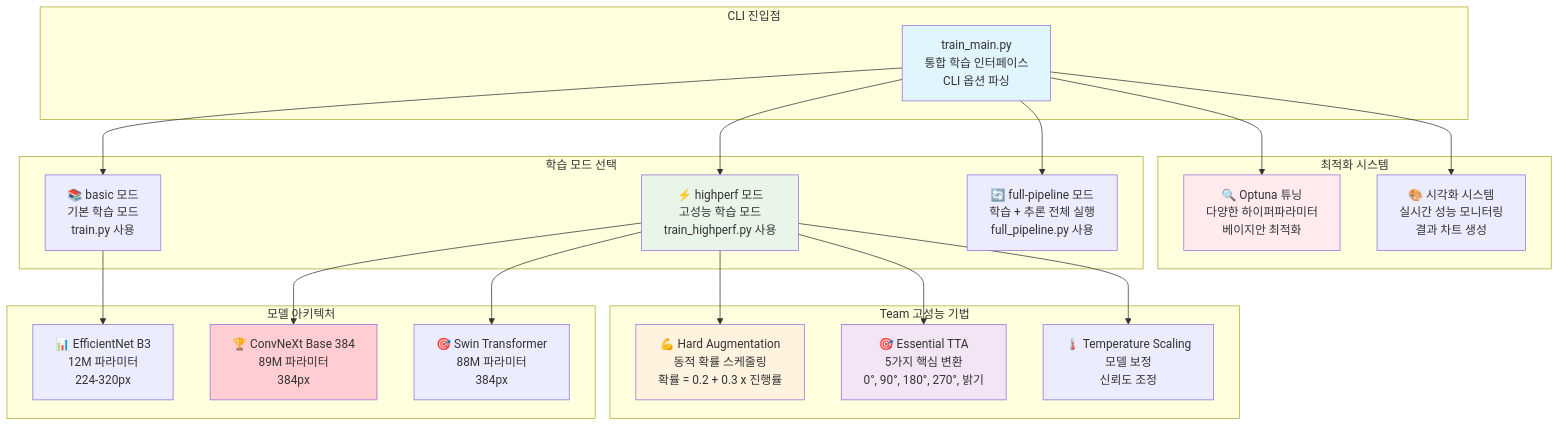
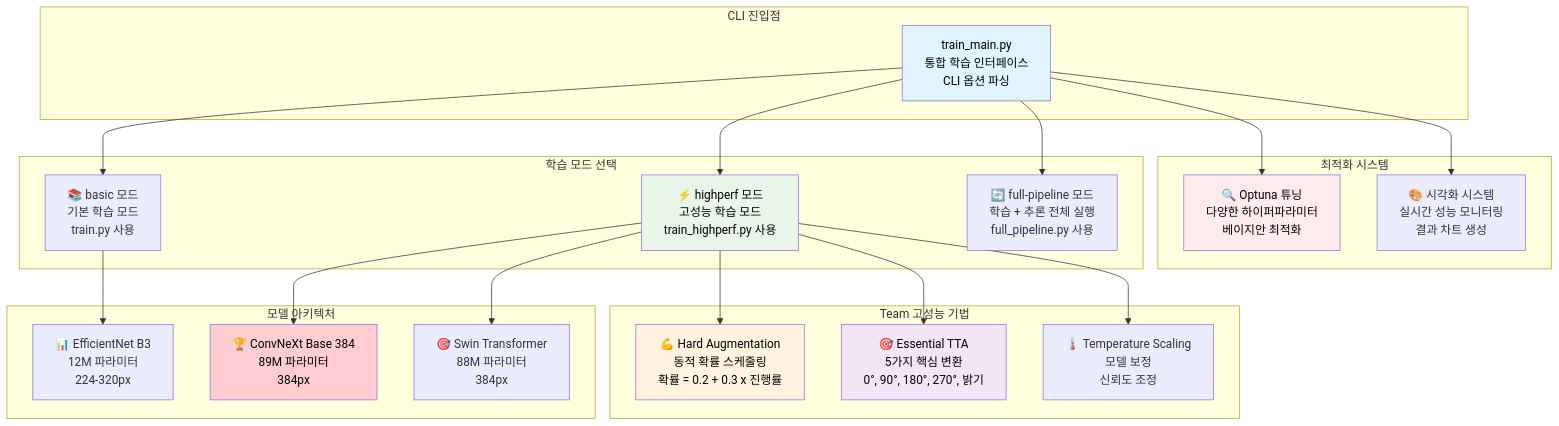
Before and after one commit to nimnusmik/CV_documents_classification_competition: the first of 3 diagrams in docs/파이프라인/학습_파이프라인_가이드.md, drawn with Mermaid. The commit also changed other lines of this file and 11 other files, not shown here.

Commit message:
docs: mermaid 글자 색상 명확한 검정색으로 수정

````diff
--- a/docs/파이프라인/학습_파이프라인_가이드.md
+++ b/docs/파이프라인/학습_파이프라인_가이드.md
@@ -5,51 +5,51 @@
 ```mermaid
 graph TB
     subgraph "CLI 진입점"
         A[train_main.py<br/>통합 학습 인터페이스<br/>CLI 옵션 파싱]
     end
     
     subgraph "학습 모드 선택"
         B[📚 basic 모드<br/>기본 학습 모드<br/>train.py 사용]
         C[⚡ highperf 모드<br/>고성능 학습 모드<br/>train_highperf.py 사용]
         D[🔄 full-pipeline 모드<br/>학습 + 추론 전체 실행<br/>full_pipeline.py 사용]
     end
     
     subgraph "모델 아키텍처"
         E[📊 EfficientNet B3<br/>12M 파라미터<br/>224-320px]
         F[🏆 ConvNeXt Base 384<br/>89M 파라미터<br/>384px]
         G[🎯 Swin Transformer<br/>88M 파라미터<br/>384px]
     end
     
     subgraph "Team 고성능 기법"
         H[💪 Hard Augmentation<br/>동적 확률 스케줄링<br/>확률 = 0.2 + 0.3 x 진행률]
         I[🎯 Essential TTA<br/>5가지 핵심 변환<br/>0°, 90°, 180°, 270°, 밝기]
         J[🌡️ Temperature Scaling<br/>모델 보정<br/>신뢰도 조정]
     end
     
     subgraph "최적화 시스템"
         K[🔍 Optuna 튜닝<br/>다양한 하이퍼파라미터<br/>베이지안 최적화]
         L[🎨 시각화 시스템<br/>실시간 성능 모니터링<br/>결과 차트 생성]
     end
     
     A --> B
-    A --> C  
+    A --> C  
     A --> D
     
     B --> E
     C --> F
     C --> G
     
     C --> H
     C --> I
     C --> J
     
     A --> K
     A --> L
     
-    style A fill:#e1f5fe
-    style C fill:#e8f5e8
-    style F fill:#ffcdd2
-    style H fill:#fff3e0
-    style I fill:#f3e5f5
-    style K fill:#ffebee
+    style A fill:#e1f5fe, color:#000000
+    style C fill:#e8f5e8, color:#000000
+    style F fill:#ffcdd2, color:#000000
+    style H fill:#fff3e0, color:#000000
+    style I fill:#f3e5f5, color:#000000
+    style K fill:#ffebee, color:#000000
 ```
````
